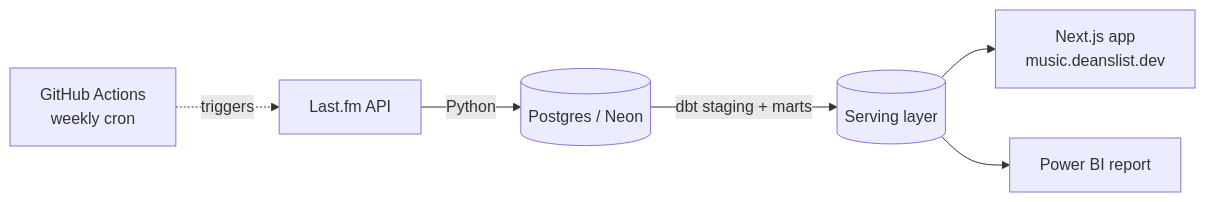
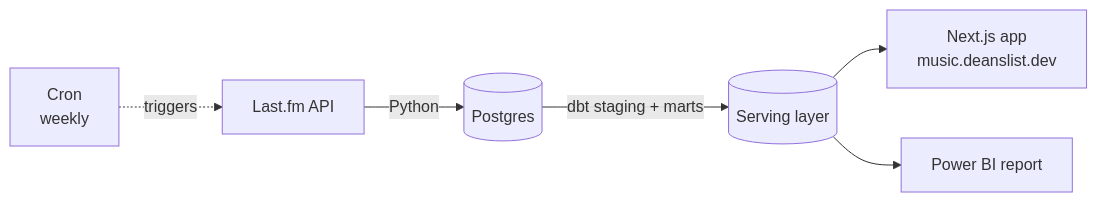
Before and after one commit to DeanKuhn/music-growth-pipeline: the diagram in README.md, drawn with Mermaid. The commit also changed other lines of this file and 1 other file, not shown here.

````diff
--- a/README.md
+++ b/README.md
@@ -27,8 +27,8 @@
 ```mermaid
 flowchart LR
-    A[Last.fm API] -->|Python| B[(Postgres / Neon)]
+    A[Last.fm API] -->|Python| B[(Postgres)]
     B -->|dbt staging + marts| C[(Serving layer)]
     C --> D[Next.js app<br/>music.deanslist.dev]
     C --> E[Power BI report]
-    F[GitHub Actions<br/>weekly cron] -.triggers.-> A
+    F[Cron<br/>weekly] -.triggers.-> A
 ```
````
